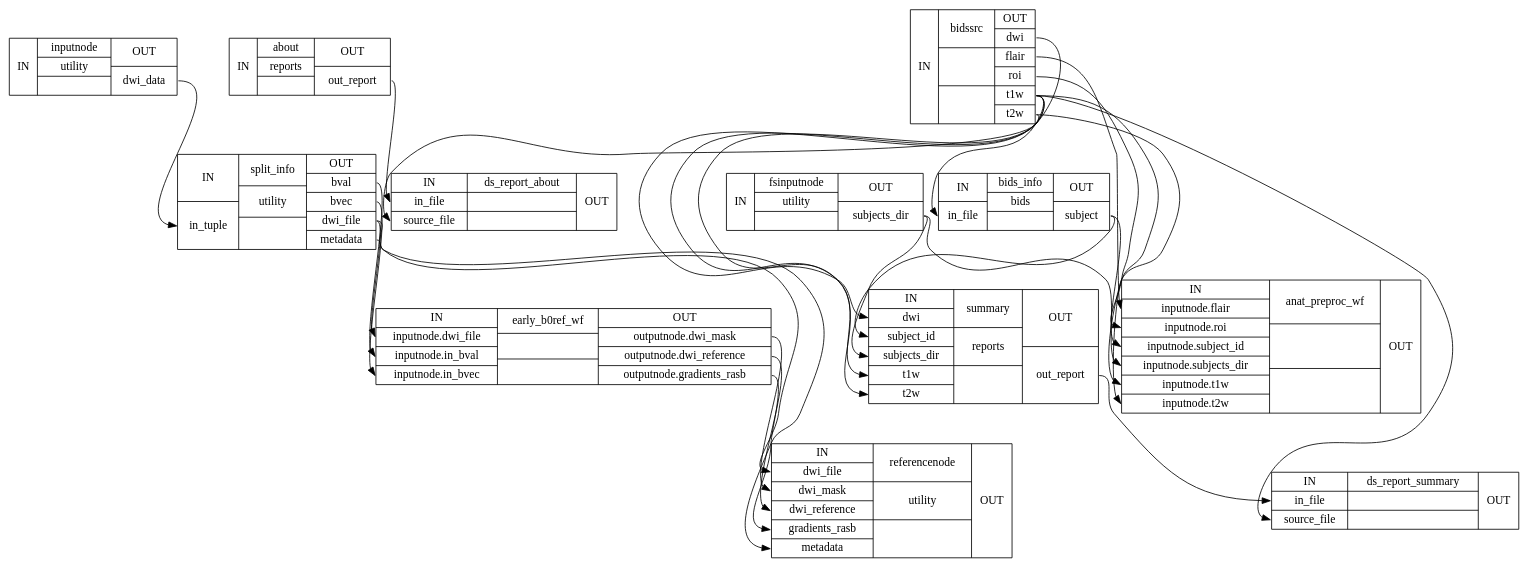
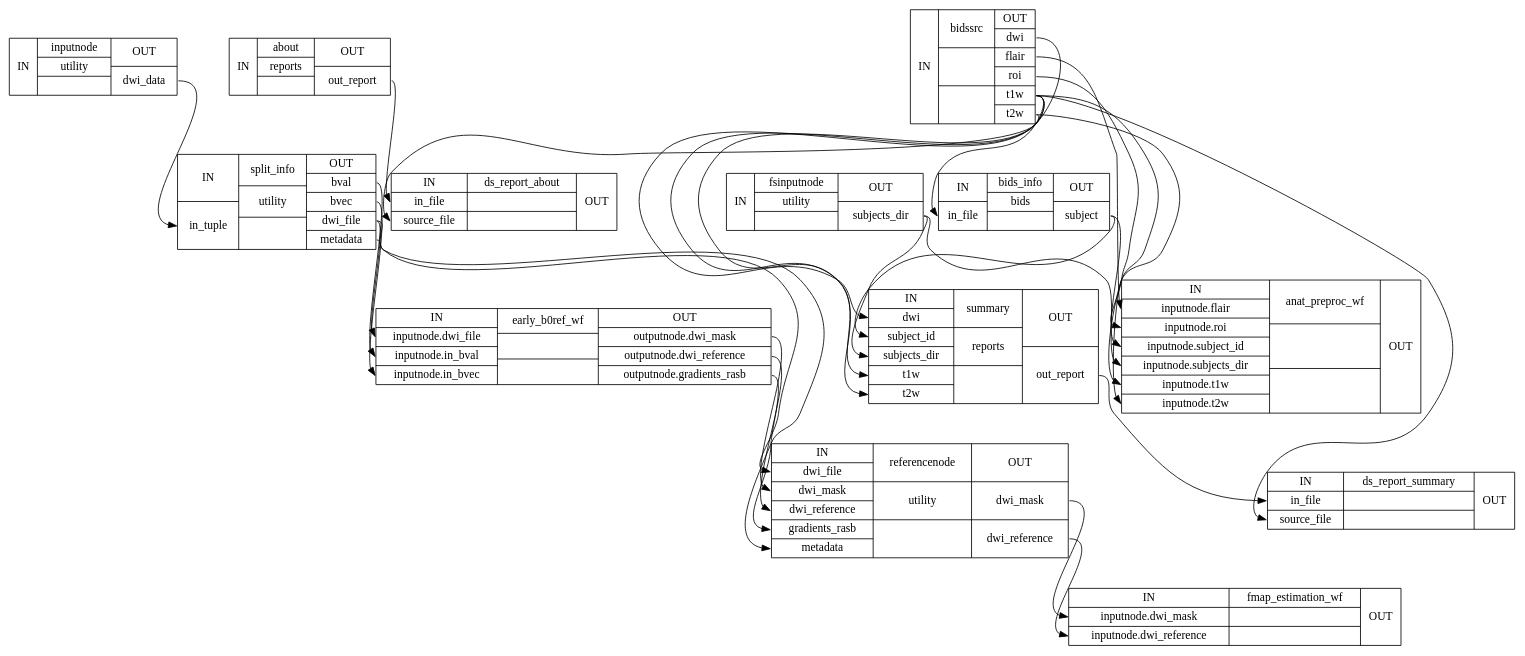
Before and after one commit to nipreps/dmriprep: the diagram in wf_directive/api/single_subject_THP0005_wf/dmriprep-workflows-base-2_detailed.dot, drawn with Graphviz. The commit also changed 255 other files, not shown here.

```diff
--- a/wf_directive/api/single_subject_THP0005_wf/dmriprep-workflows-base-2_detailed.dot
+++ b/wf_directive/api/single_subject_THP0005_wf/dmriprep-workflows-base-2_detailed.dot
@@ -1,40 +1,43 @@
 digraph structs {
 node [shape=record];
 single_subject_THP0005_wfinputnode [label="{IN}|{ inputnode | utility |  }|{OUT|<outdwidata> dwi_data}"];
 single_subject_THP0005_wfsplit_info [label="{IN|<inintuple> in_tuple}|{ split_info | utility |  }|{OUT|<outbval> bval|<outbvec> bvec|<outdwifile> dwi_file|<outmetadata> metadata}"];
 single_subject_THP0005_wfearly_b0ref_wf [label="{IN|<ininputnodedwifile> inputnode.dwi_file|<ininputnodeinbval> inputnode.in_bval|<ininputnodeinbvec> inputnode.in_bvec}|{ early_b0ref_wf |  |  }|{OUT|<outoutputnodedwimask> outputnode.dwi_mask|<outoutputnodedwireference> outputnode.dwi_reference|<outoutputnodegradientsrasb> outputnode.gradients_rasb}"];
-single_subject_THP0005_wfreferencenode [label="{IN|<indwifile> dwi_file|<indwimask> dwi_mask|<indwireference> dwi_reference|<ingradientsrasb> gradients_rasb|<inmetadata> metadata}|{ referencenode | utility |  }|{OUT}"];
+single_subject_THP0005_wfreferencenode [label="{IN|<indwifile> dwi_file|<indwimask> dwi_mask|<indwireference> dwi_reference|<ingradientsrasb> gradients_rasb|<inmetadata> metadata}|{ referencenode | utility |  }|{OUT|<outdwimask> dwi_mask|<outdwireference> dwi_reference}"];
+single_subject_THP0005_wffmap_estimation_wf [label="{IN|<ininputnodedwimask> inputnode.dwi_mask|<ininputnodedwireference> inputnode.dwi_reference}|{ fmap_estimation_wf |  |  }|{OUT}"];
 single_subject_THP0005_wfabout [label="{IN}|{ about | reports |  }|{OUT|<outoutreport> out_report}"];
 single_subject_THP0005_wfbidssrc [label="{IN}|{ bidssrc |  |  }|{OUT|<outdwi> dwi|<outflair> flair|<outroi> roi|<outt1w> t1w|<outt2w> t2w}"];
 single_subject_THP0005_wfds_report_about [label="{IN|<ininfile> in_file|<insourcefile> source_file}|{ ds_report_about |  |  }|{OUT}"];
 single_subject_THP0005_wfbids_info [label="{IN|<ininfile> in_file}|{ bids_info | bids |  }|{OUT|<outsubject> subject}"];
 single_subject_THP0005_wffsinputnode [label="{IN}|{ fsinputnode | utility |  }|{OUT|<outsubjectsdir> subjects_dir}"];
 single_subject_THP0005_wfsummary [label="{IN|<indwi> dwi|<insubjectid> subject_id|<insubjectsdir> subjects_dir|<int1w> t1w|<int2w> t2w}|{ summary | reports |  }|{OUT|<outoutreport> out_report}"];
 single_subject_THP0005_wfds_report_summary [label="{IN|<ininfile> in_file|<insourcefile> source_file}|{ ds_report_summary |  |  }|{OUT}"];
 single_subject_THP0005_wfanat_preproc_wf [label="{IN|<ininputnodeflair> inputnode.flair|<ininputnoderoi> inputnode.roi|<ininputnodesubjectid> inputnode.subject_id|<ininputnodesubjectsdir> inputnode.subjects_dir|<ininputnodet1w> inputnode.t1w|<ininputnodet2w> inputnode.t2w}|{ anat_preproc_wf |  |  }|{OUT}"];
 single_subject_THP0005_wfabout:outoutreport:e -> single_subject_THP0005_wfds_report_about:ininfile:w;
 single_subject_THP0005_wfbids_info:outsubject:e -> single_subject_THP0005_wfanat_preproc_wf:ininputnodesubjectid:w;
 single_subject_THP0005_wfbids_info:outsubject:e -> single_subject_THP0005_wfsummary:insubjectid:w;
 single_subject_THP0005_wfbidssrc:outdwi:e -> single_subject_THP0005_wfsummary:indwi:w;
 single_subject_THP0005_wfbidssrc:outflair:e -> single_subject_THP0005_wfanat_preproc_wf:ininputnodeflair:w;
 single_subject_THP0005_wfbidssrc:outroi:e -> single_subject_THP0005_wfanat_preproc_wf:ininputnoderoi:w;
 single_subject_THP0005_wfbidssrc:outt1w:e -> single_subject_THP0005_wfanat_preproc_wf:ininputnodet1w:w;
 single_subject_THP0005_wfbidssrc:outt1w:e -> single_subject_THP0005_wfbids_info:ininfile:w;
 single_subject_THP0005_wfbidssrc:outt1w:e -> single_subject_THP0005_wfds_report_about:insourcefile:w;
 single_subject_THP0005_wfbidssrc:outt1w:e -> single_subject_THP0005_wfds_report_summary:insourcefile:w;
 single_subject_THP0005_wfbidssrc:outt1w:e -> single_subject_THP0005_wfsummary:int1w:w;
 single_subject_THP0005_wfbidssrc:outt2w:e -> single_subject_THP0005_wfanat_preproc_wf:ininputnodet2w:w;
 single_subject_THP0005_wfbidssrc:outt2w:e -> single_subject_THP0005_wfsummary:int2w:w;
 single_subject_THP0005_wfearly_b0ref_wf:outoutputnodedwimask:e -> single_subject_THP0005_wfreferencenode:indwimask:w;
 single_subject_THP0005_wfearly_b0ref_wf:outoutputnodedwireference:e -> single_subject_THP0005_wfreferencenode:indwireference:w;
 single_subject_THP0005_wfearly_b0ref_wf:outoutputnodegradientsrasb:e -> single_subject_THP0005_wfreferencenode:ingradientsrasb:w;
 single_subject_THP0005_wffsinputnode:outsubjectsdir:e -> single_subject_THP0005_wfanat_preproc_wf:ininputnodesubjectsdir:w;
 single_subject_THP0005_wffsinputnode:outsubjectsdir:e -> single_subject_THP0005_wfsummary:insubjectsdir:w;
 single_subject_THP0005_wfinputnode:outdwidata:e -> single_subject_THP0005_wfsplit_info:inintuple:w;
+single_subject_THP0005_wfreferencenode:outdwimask:e -> single_subject_THP0005_wffmap_estimation_wf:ininputnodedwimask:w;
+single_subject_THP0005_wfreferencenode:outdwireference:e -> single_subject_THP0005_wffmap_estimation_wf:ininputnodedwireference:w;
 single_subject_THP0005_wfsplit_info:outbval:e -> single_subject_THP0005_wfearly_b0ref_wf:ininputnodeinbval:w;
 single_subject_THP0005_wfsplit_info:outbvec:e -> single_subject_THP0005_wfearly_b0ref_wf:ininputnodeinbvec:w;
 single_subject_THP0005_wfsplit_info:outdwifile:e -> single_subject_THP0005_wfearly_b0ref_wf:ininputnodedwifile:w;
 single_subject_THP0005_wfsplit_info:outdwifile:e -> single_subject_THP0005_wfreferencenode:indwifile:w;
 single_subject_THP0005_wfsplit_info:outmetadata:e -> single_subject_THP0005_wfreferencenode:inmetadata:w;
 single_subject_THP0005_wfsummary:outoutreport:e -> single_subject_THP0005_wfds_report_summary:ininfile:w;
 }
```
